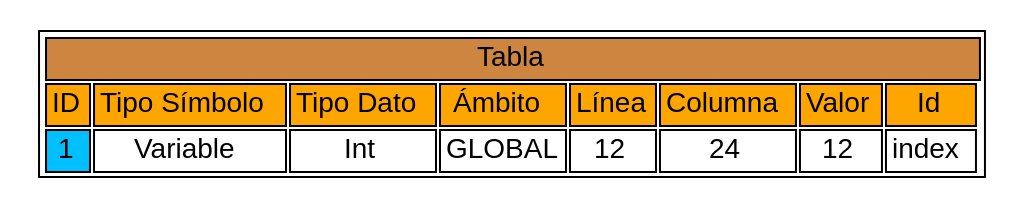
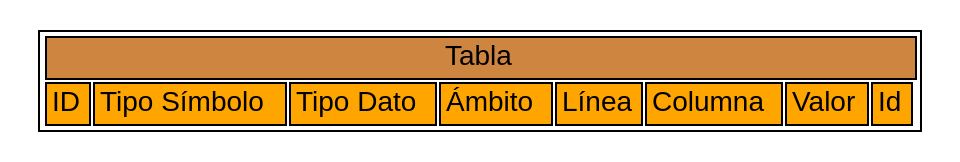
Before and after one commit to sebbbasdl/OLC2_P1_201906085: the diagram in client/src/pages/imagenes/tabla.dot, drawn with Graphviz. The commit also changed 46 other files, not shown here.

```diff
--- a/client/src/pages/imagenes/tabla.dot
+++ b/client/src/pages/imagenes/tabla.dot
@@ -1,7 +1,6 @@
 digraph Table {
   node [shape=none fontname=Helvetica]
   n1 [label = <<table>
     <tr><td colspan="9" bgcolor="Peru">Tabla</td></tr>
-    <tr><td bgcolor="orange">ID</td><td bgcolor="orange">Tipo Símbolo</td><td bgcolor="orange">Tipo Dato</td><td bgcolor="orange">Ámbito</td><td bgcolor="orange">Línea</td><td bgcolor="orange">Columna</td><td bgcolor="orange">Valor</td><td bgcolor="orange">Id</td></tr>    <tr><td bgcolor="#00bfff">1</td><td>Variable</td><td>Int</td><td>GLOBAL</td><td>12</td><td>24</td><td>12</td><td>index</td></tr>
-  </table>> ]
+    <tr><td bgcolor="orange">ID</td><td bgcolor="orange">Tipo Símbolo</td><td bgcolor="orange">Tipo Dato</td><td bgcolor="orange">Ámbito</td><td bgcolor="orange">Línea</td><td bgcolor="orange">Columna</td><td bgcolor="orange">Valor</td><td bgcolor="orange">Id</td></tr>  </table>> ]
 }
```
